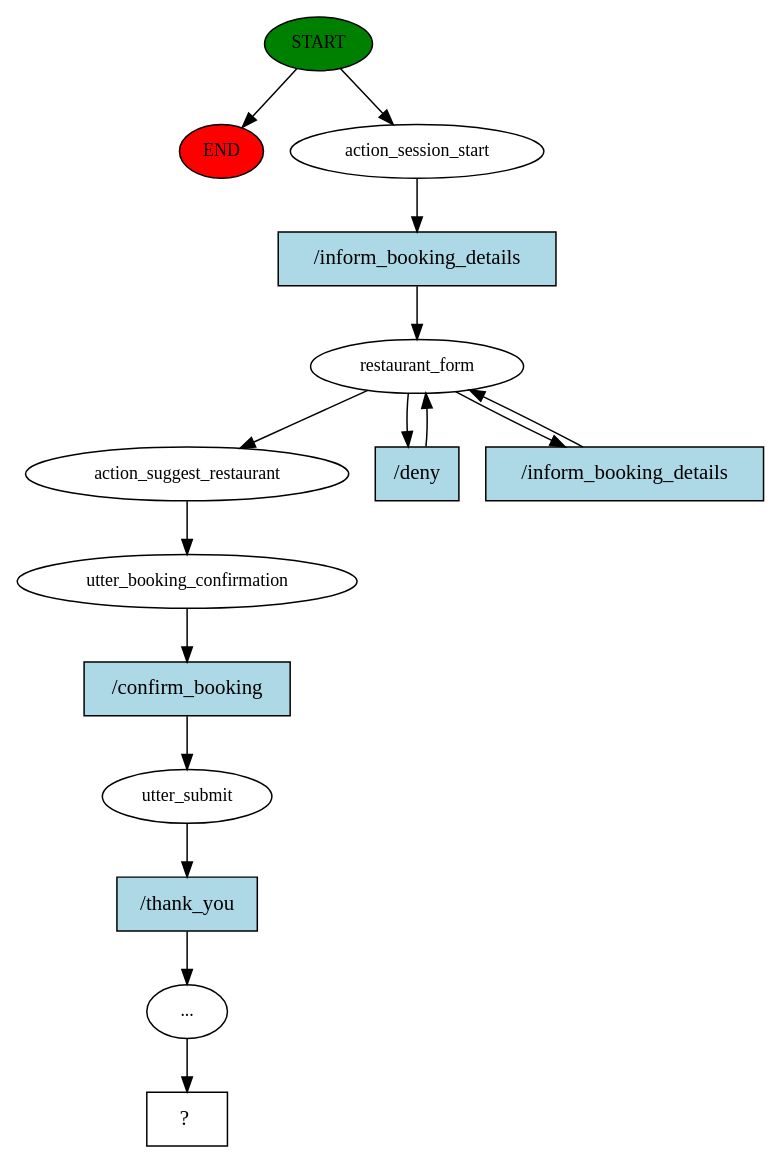
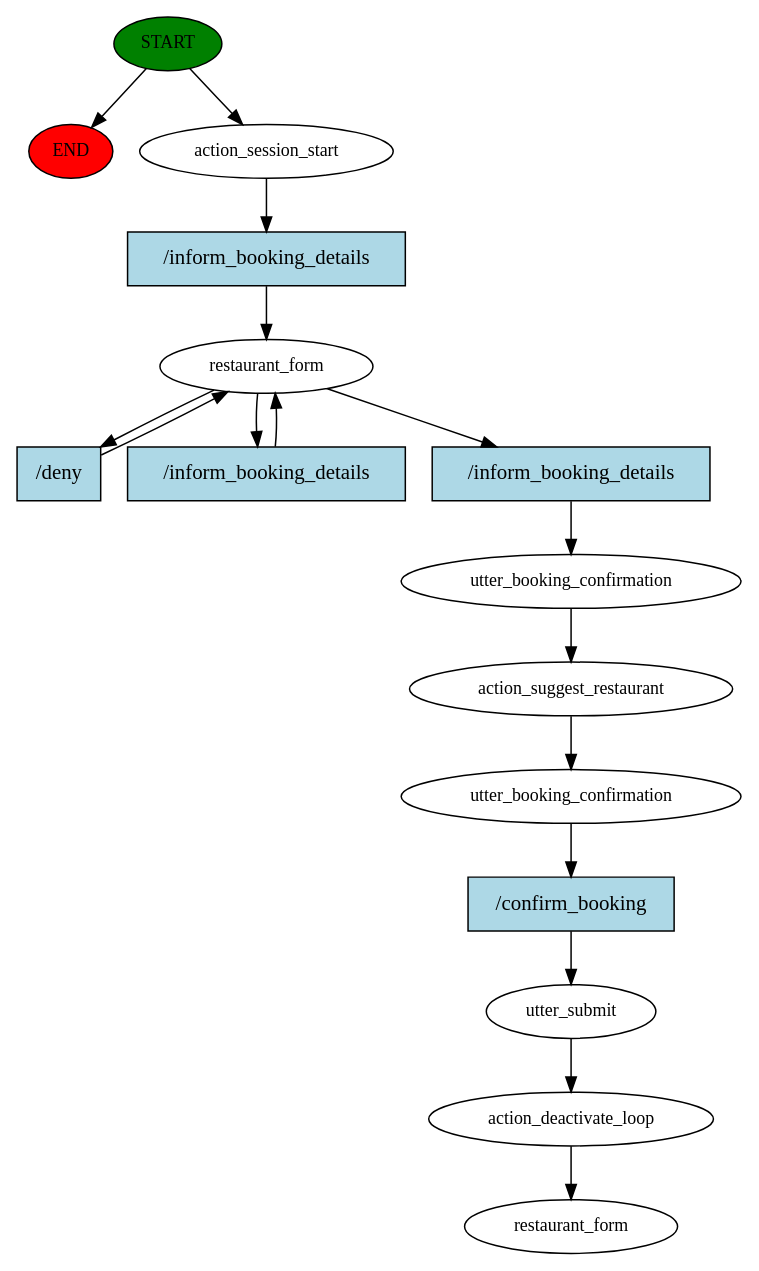
The diagram in story_graph.dot (JasminDenise/voiceAssistantAlice), drawn with Graphviz before and after one commit. The commit also changed 11 other files, not shown here.

```diff
--- a/story_graph.dot
+++ b/story_graph.dot
@@ -1,31 +1,33 @@
 digraph  {
 0 [class="start active", fillcolor=green, fontsize=12, label=START, style=filled];
 "-1" [class=end, fillcolor=red, fontsize=12, label=END, style=filled];
 1 [class=active, fontsize=12, label=action_session_start];
 2 [class=active, fontsize=12, label=restaurant_form];
+5 [class=active, fontsize=12, label=utter_booking_confirmation];
 6 [class=active, fontsize=12, label=action_suggest_restaurant];
 7 [class=active, fontsize=12, label=utter_booking_confirmation];
 8 [class=active, fontsize=12, label=utter_submit];
-9 [class=active, fontsize=12, label="..."];
-10 [class="intent dashed active", label="  ?  ", shape=rect];
+9 [class=active, fontsize=12, label=action_deactivate_loop];
+10 [class="dashed active", fontsize=12, label=restaurant_form];
 11 [class="intent active", fillcolor=lightblue, label="/inform_booking_details", shape=rect, style=filled];
 12 [class="intent active", fillcolor=lightblue, label="/deny", shape=rect, style=filled];
 13 [class="intent active", fillcolor=lightblue, label="/inform_booking_details", shape=rect, style=filled];
-14 [class="intent active", fillcolor=lightblue, label="/confirm_booking", shape=rect, style=filled];
-15 [class="intent active", fillcolor=lightblue, label="/thank_you", shape=rect, style=filled];
+14 [class="intent active", fillcolor=lightblue, label="/inform_booking_details", shape=rect, style=filled];
+15 [class="intent active", fillcolor=lightblue, label="/confirm_booking", shape=rect, style=filled];
 0 -> "-1"  [class="", key=NONE, label=""];
 0 -> 1  [class=active, key=NONE, label=""];
 1 -> 11  [class=active, key=0];
-2 -> 6  [class=active, key=NONE, label=""];
 2 -> 12  [class=active, key=0];
 2 -> 13  [class=active, key=0];
+2 -> 14  [class=active, key=0];
+5 -> 6  [class=active, key=NONE, label=""];
 6 -> 7  [class=active, key=NONE, label=""];
-7 -> 14  [class=active, key=0];
-8 -> 15  [class=active, key=0];
+7 -> 15  [class=active, key=0];
+8 -> 9  [class=active, key=NONE, label=""];
 9 -> 10  [class=active, key=NONE, label=""];
 11 -> 2  [class=active, key=0];
 12 -> 2  [class=active, key=0];
 13 -> 2  [class=active, key=0];
-14 -> 8  [class=active, key=0];
-15 -> 9  [class=active, key=0];
+14 -> 5  [class=active, key=0];
+15 -> 8  [class=active, key=0];
 }
```
